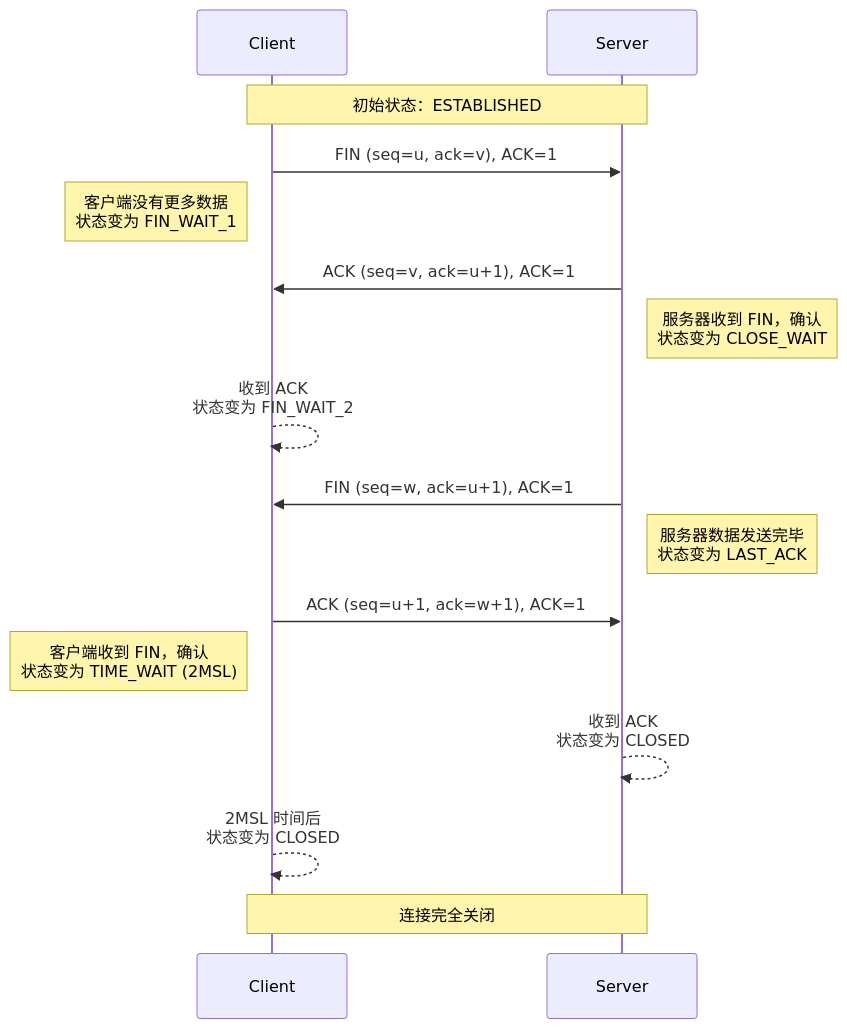
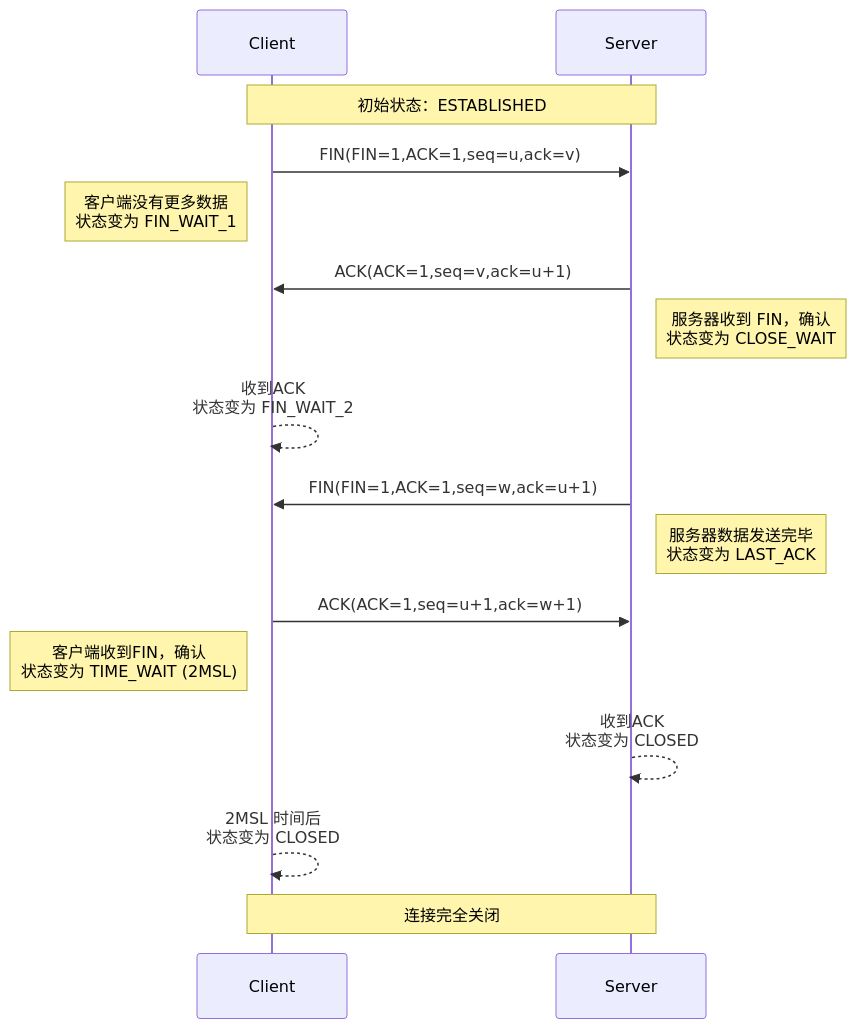
The second of 2 diagrams in src/tcp_knowledge.md (XuanLee-HEALER/rustbook-learn-note), drawn with Mermaid before and after one commit. The commit also changed other lines of this file and 3 other files, not shown here.

````diff
--- a/src/tcp_knowledge.md
+++ b/src/tcp_knowledge.md
@@ -411,27 +323,26 @@
 ```mermaid
 sequenceDiagram
     participant Client
     participant Server
 
     Note over Client,Server: 初始状态：ESTABLISHED
 
-    Client->>Server: FIN (seq=u, ack=v), ACK=1
+    Client->>Server: FIN(FIN=1,ACK=1,seq=u,ack=v)
     Note left of Client: 客户端没有更多数据<br/>状态变为 FIN_WAIT_1
 
-    Server->>Client: ACK (seq=v, ack=u+1), ACK=1
+    Server->>Client: ACK(ACK=1,seq=v,ack=u+1)
     Note right of Server: 服务器收到 FIN，确认<br/>状态变为 CLOSE_WAIT
 
-    Client-->>Client: 收到 ACK<br/>状态变为 FIN_WAIT_2
+    Client-->>Client: 收到ACK<br/>状态变为 FIN_WAIT_2
 
-    Server->>Client: FIN (seq=w, ack=u+1), ACK=1
+    Server->>Client: FIN(FIN=1,ACK=1,seq=w,ack=u+1)
     Note right of Server: 服务器数据发送完毕<br/>状态变为 LAST_ACK
 
-    Client->>Server: ACK (seq=u+1, ack=w+1), ACK=1
-    Note left of Client: 客户端收到 FIN，确认<br/>状态变为 TIME_WAIT (2MSL)
+    Client->>Server: ACK(ACK=1,seq=u+1,ack=w+1)
+    Note left of Client: 客户端收到FIN，确认<br/>状态变为 TIME_WAIT (2MSL)
 
-    Server-->>Server: 收到 ACK<br/>状态变为 CLOSED
+    Server-->>Server: 收到ACK<br/>状态变为 CLOSED
 
     Client-->>Client: 2MSL 时间后<br/>状态变为 CLOSED
     Note over Client,Server: 连接完全关闭
-
 ```
````
